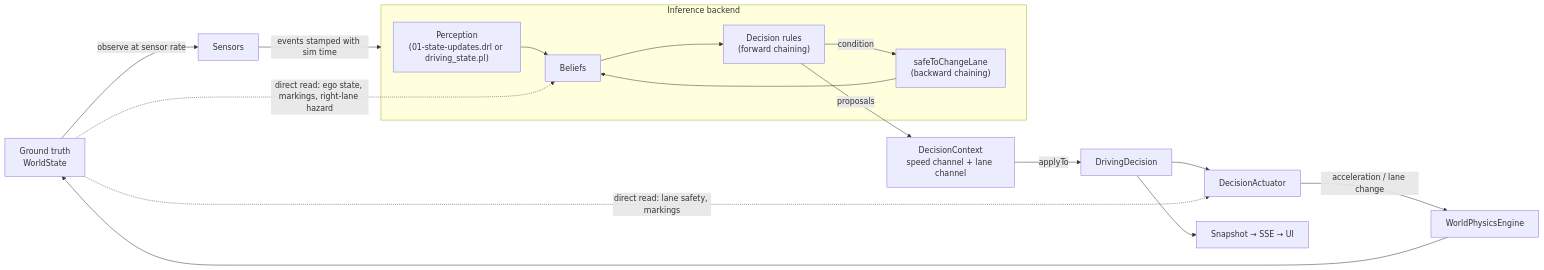
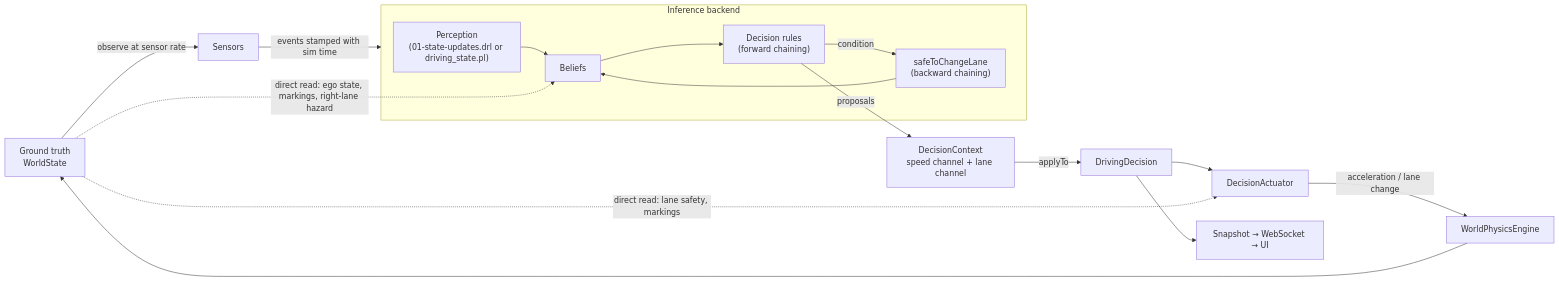
The second of 3 diagrams in docs/ARCHITECTURE.md (1-2Drive/projeto-1), drawn with Mermaid before and after one commit. The commit also changed other lines of this file and 25 other files, not shown here.

````diff
--- a/docs/ARCHITECTURE.md
+++ b/docs/ARCHITECTURE.md
@@ -142,22 +142,22 @@
 ```mermaid
 flowchart LR
     W["Ground truth<br/>WorldState"] -->|observe at sensor rate| S["Sensors"]
     S -->|events stamped with sim time| B["Backend"]
     subgraph B["Inference backend"]
         P1["Perception<br/>(01-state-updates.drl or driving_state.pl)"]
         F["Beliefs"]
         D1["Decision rules<br/>(forward chaining)"]
         Q["safeToChangeLane<br/>(backward chaining)"]
         P1 --> F --> D1
         D1 -->|condition| Q
         Q --> F
     end
     D1 -->|proposals| P["DecisionContext<br/>speed channel + lane channel"]
     P -->|applyTo| D["DrivingDecision"]
     D --> A["DecisionActuator"]
     A -->|acceleration / lane change| PH["WorldPhysicsEngine"]
     PH --> W
     W -.->|"direct read: ego state, markings, right-lane hazard"| F
     W -.->|"direct read: lane safety, markings"| A
-    D --> SNAP["Snapshot → SSE → UI"]
+    D --> SNAP["Snapshot → WebSocket → UI"]
 ```
````
